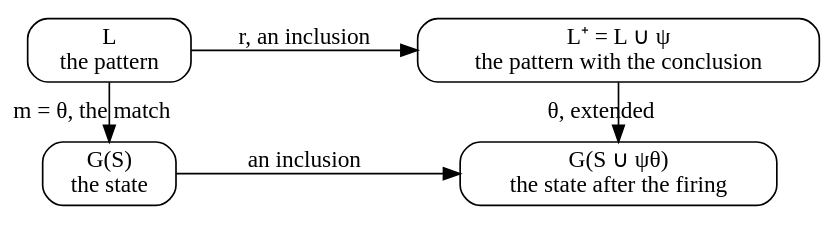
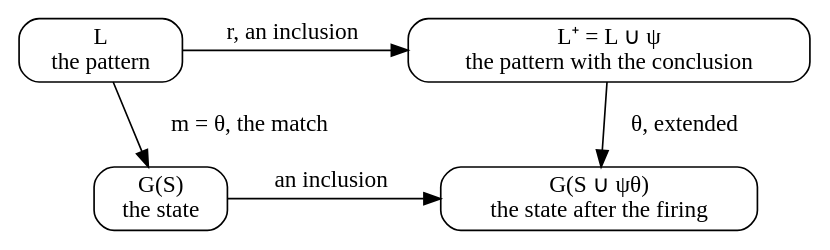
Before and after one commit to agutikov/ein: the fourth of 7 diagrams in docs/ein/reasoning/01-static-ir/04-rules-as-statements.md, drawn with Graphviz. The commit also changed 8 other files, not shown here.

````diff
--- a/docs/ein/reasoning/01-static-ir/04-rules-as-statements.md
+++ b/docs/ein/reasoning/01-static-ir/04-rules-as-statements.md
@@ -274,16 +274,13 @@
 ```dot
 digraph pushout {
-  rankdir=LR;
   node [shape=box, style=rounded];
   L  [label="L\nthe pattern"];
   Lp [label="L⁺ = L ∪ ψ\nthe pattern with the conclusion"];
   G  [label="G(S)\nthe state"];
   Gp [label="G(S ∪ ψθ)\nthe state after the firing"];
-  L -> Lp [label="r, an inclusion"];
-  L -> G  [label="m = θ, the match"];
-  Lp -> Gp [label="θ, extended"];
-  G -> Gp [label="an inclusion"];
-  { rank=same; L; G; }
-  { rank=same; Lp; Gp; }
+  { rank=same; L -> Lp [label="  r, an inclusion  "]; }
+  { rank=same; G -> Gp [label="  an inclusion  "]; }
+  L -> G   [label="  m = θ, the match"];
+  Lp -> Gp [label="  θ, extended"];
 }
 ```
````
